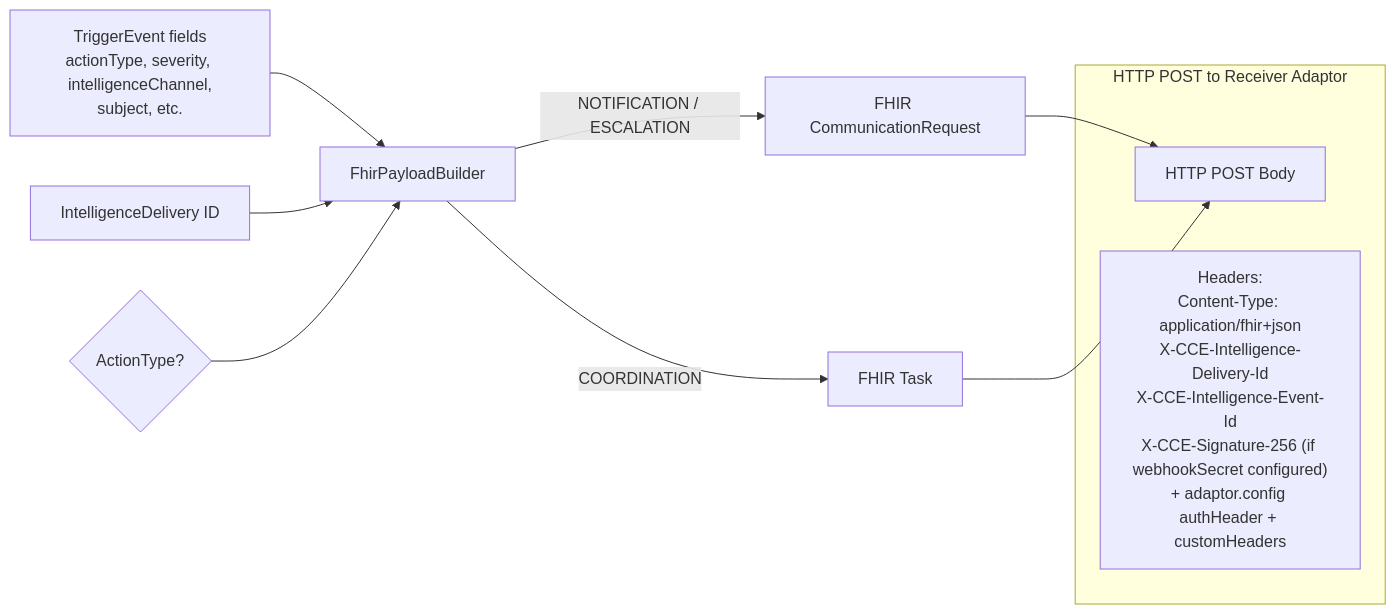
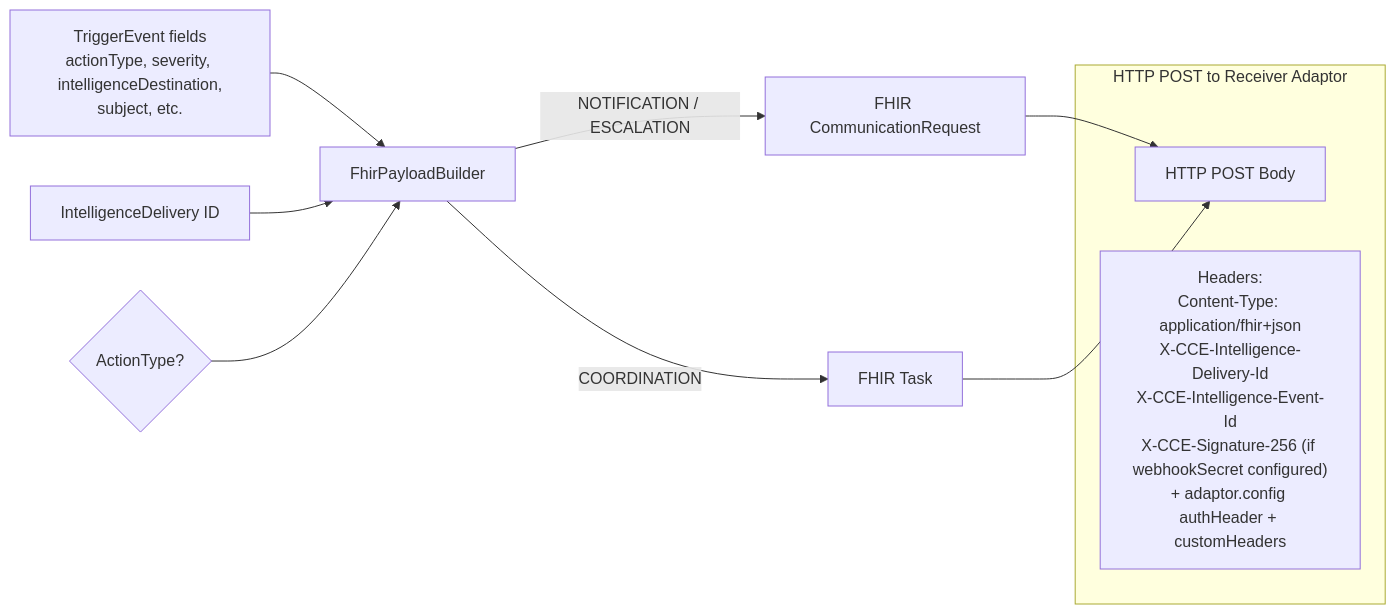
Before and after one commit to Jayaprakash8887/cce-intelligence-service: the sixth of 12 diagrams in docs/flow-diagrams.md, drawn with Mermaid. The commit also changed other lines of this file and 39 other files, not shown here.

First line of the commit message:
feat: Refactor channel subscription to destination adaptor mapping

````diff
--- a/docs/flow-diagrams.md
+++ b/docs/flow-diagrams.md
@@ -235,15 +183,15 @@
 ```mermaid
 flowchart LR
-    TE["TriggerEvent fields<br/>actionType, severity, intelligenceChannel,<br/>subject, etc."] --> FB[FhirPayloadBuilder]
+    TE["TriggerEvent fields<br/>actionType, severity, intelligenceDestination,<br/>subject, etc."] --> FB[FhirPayloadBuilder]
     DRI["IntelligenceDelivery ID"] --> FB
     AT{"ActionType?"} --> FB
     FB -->|NOTIFICATION / ESCALATION| CR["FHIR CommunicationRequest"]
     FB -->|COORDINATION| TK["FHIR Task"]
     CR --> H[HTTP POST Body]
     TK --> H
 
     subgraph "HTTP POST to Receiver Adaptor"
         H
         Headers["Headers:<br/>Content-Type: application/fhir+json<br/>X-CCE-Intelligence-Delivery-Id<br/>X-CCE-Intelligence-Event-Id<br/>X-CCE-Signature-256 (if webhookSecret configured)<br/>+ adaptor.config authHeader + customHeaders"]
     end
 ```
````
